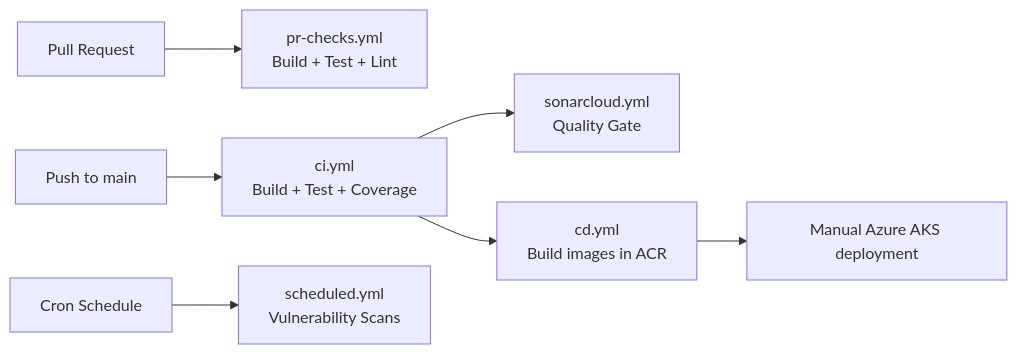
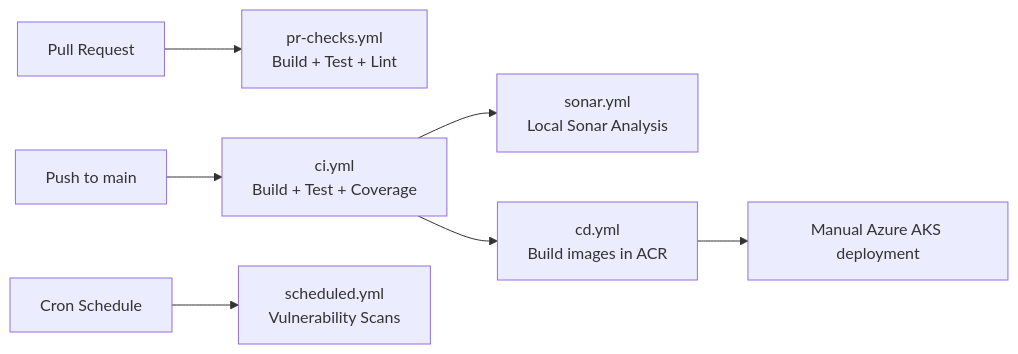
One commit to blanho/auction-platform-microservices changed the seventh of 8 diagrams in README.md. Above: the diagram before and after it, drawn with Mermaid. The commit also changed other lines of this file and 162 other files, not shown here.

Commit message:
fix(quality): resolve local Sonar findings across backend

````diff
--- a/README.md
+++ b/README.md
@@ -607,9 +607,9 @@
 ```mermaid
 graph LR
     PR["Pull Request"] --> PRC["pr-checks.yml<br/>Build + Test + Lint"]
     Push["Push to main"] --> CI["ci.yml<br/>Build + Test + Coverage"]
-    CI --> SONAR["sonarcloud.yml<br/>Quality Gate"]
+    CI --> SONAR["sonar.yml<br/>Local Sonar Analysis"]
     CI --> CD["cd.yml<br/>Build images in ACR"]
     CD --> DEPLOY["Manual Azure AKS deployment"]
     CRON["Cron Schedule"] --> SCHED["scheduled.yml<br/>Vulnerability Scans"]
 ```
````
